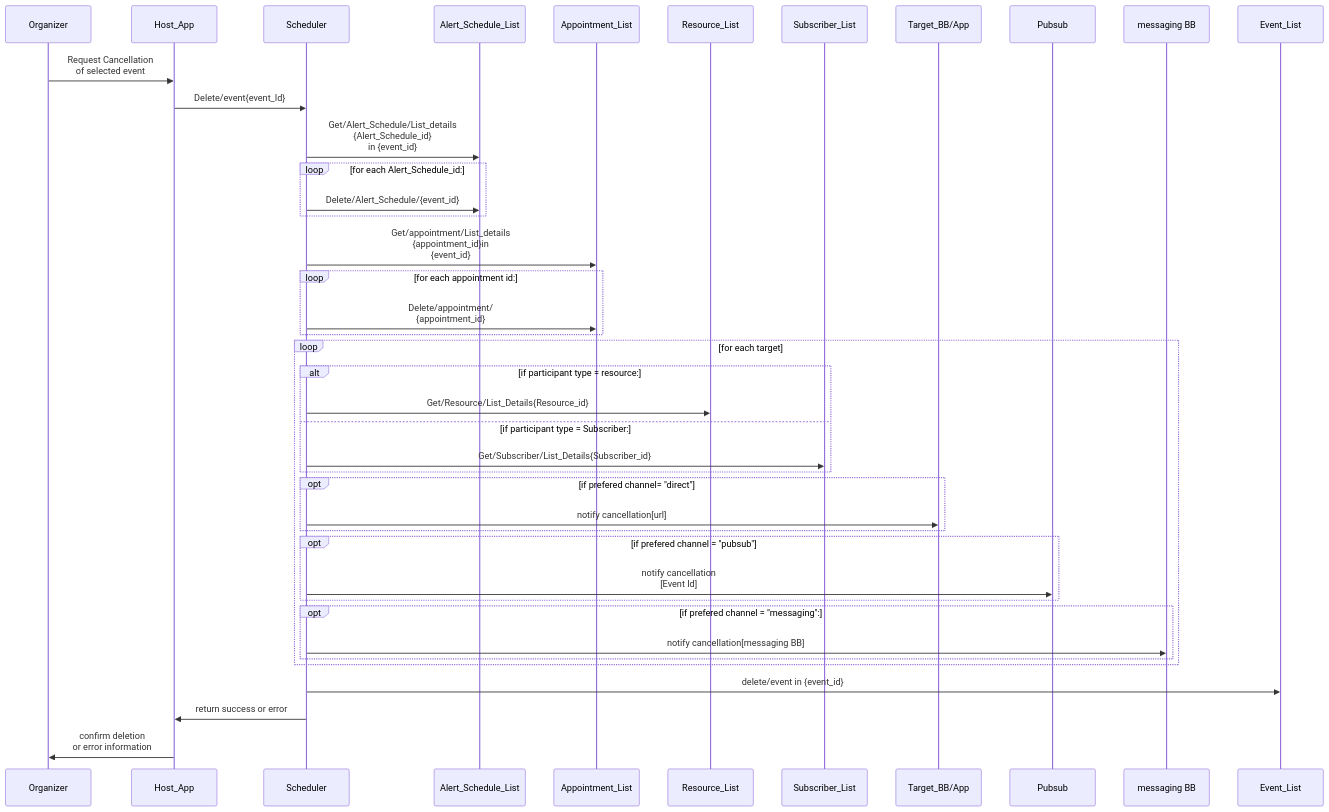
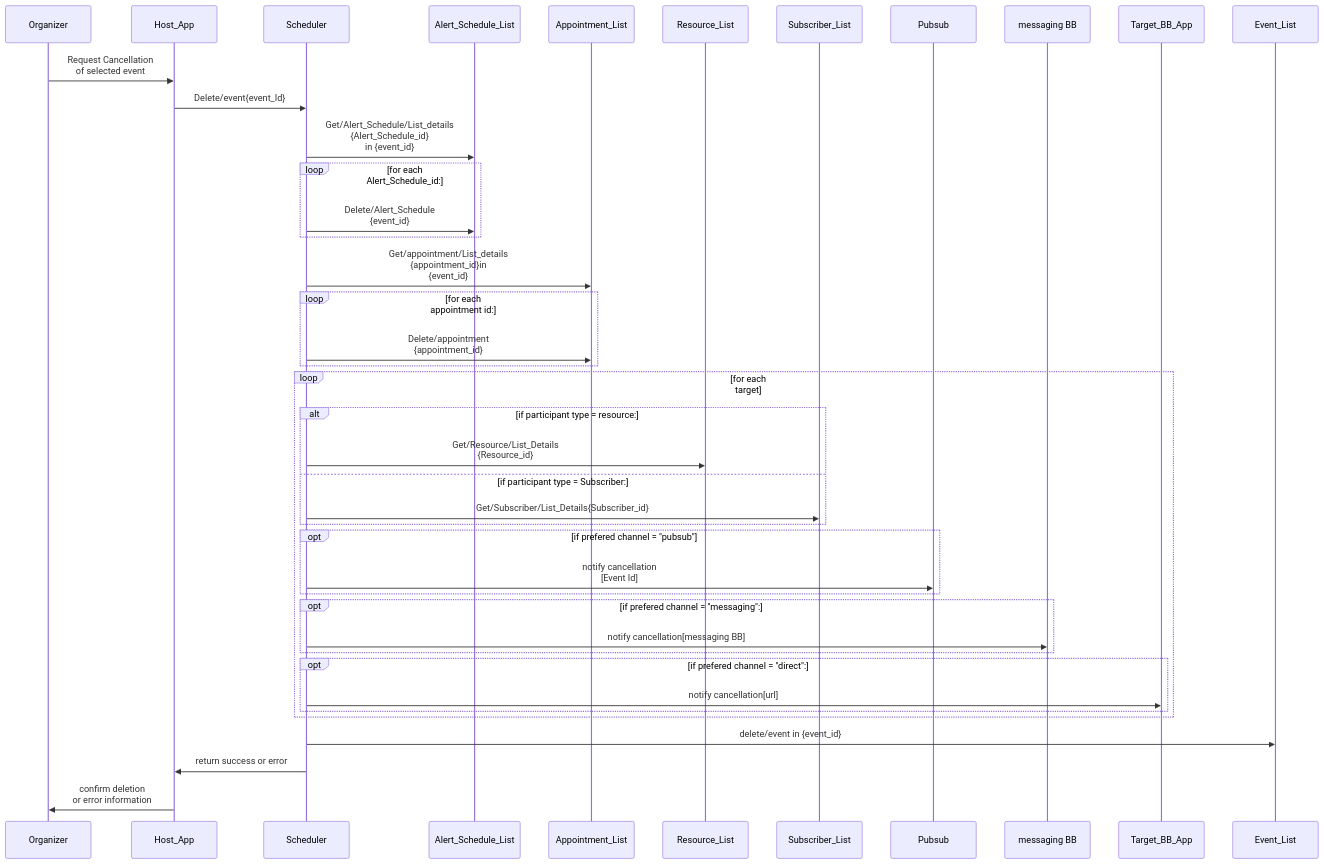
The ninth of 14 diagrams in spec/9-workflows.md (GovStackWorkingGroup/scheduler), drawn with Mermaid before and after one commit. The commit also changed other lines of this file and 3 other files, not shown here.

````diff
--- a/spec/9-workflows.md
+++ b/spec/9-workflows.md
@@ -234,35 +234,33 @@
 ```mermaid
 sequenceDiagram
 Organizer->>Host_App:Request Cancellation <br> of selected event
 Host_App->>Scheduler: Delete/event{event_Id}
 Scheduler->>Alert_Schedule_List: Get/Alert_Schedule/List_details<br>{Alert_Schedule_id}<br>in {event_id}
-loop for each Alert_Schedule_id:
-  Scheduler->>Alert_Schedule_List: Delete/Alert_Schedule/{event_id}
+loop for each <br>Alert_Schedule_id:
+  Scheduler->>Alert_Schedule_List: Delete/Alert_Schedule<br>{event_id}
 end
 Scheduler->>Appointment_List: Get/appointment/List_details<br>{appointment_id}in<br> {event_id}
-loop for each appointment id:
-  Scheduler->>Appointment_List: Delete/appointment/<br>{appointment_id}
+loop for each <br>appointment id:
+  Scheduler->>Appointment_List: Delete/appointment<br>{appointment_id}
 end
-
- loop for each target
-   alt if participant type = resource:
-       Scheduler->>Resource_List: Get/Resource/List_Details{Resource_id}
-   else if participant type = Subscriber:
-       Scheduler->>Subscriber_List: Get/Subscriber/List_Details{Subscriber_id}
-   end
-   opt if  prefered channel= "direct"
-       Scheduler->>Target_BB/App: notify cancellation[url] 
-    end
-    opt if prefered channel = "pubsub"
-       Scheduler->>Pubsub: notify cancellation <br>[Event Id] 
-    end
-    opt if prefered channel = "messaging":
-       Scheduler->>messaging BB: notify cancellation[messaging BB]
-    end
- end
-
+loop for each <br>target
+  alt if participant type = resource:
+      Scheduler->>Resource_List: Get/Resource/List_Details<br>{Resource_id}
+  else if participant type = Subscriber:
+      Scheduler->>Subscriber_List: Get/Subscriber/List_Details{Subscriber_id}
+  end
+  opt if prefered channel = "pubsub"
+     Scheduler->>Pubsub: notify cancellation <br>[Event Id] 
+  end
+  opt if prefered channel = "messaging":
+     Scheduler->>messaging BB: notify cancellation[messaging BB]
+  end
+  opt if prefered channel = "direct":
+     Scheduler->>Target_BB_App: notify cancellation[url] 
+  end
+end
 Scheduler->>Event_List: delete/event in {event_id}
 Scheduler->>Host_App: return success or error
 Host_App->>Organizer:confirm deletion <br>or error information
 
 ```
````
